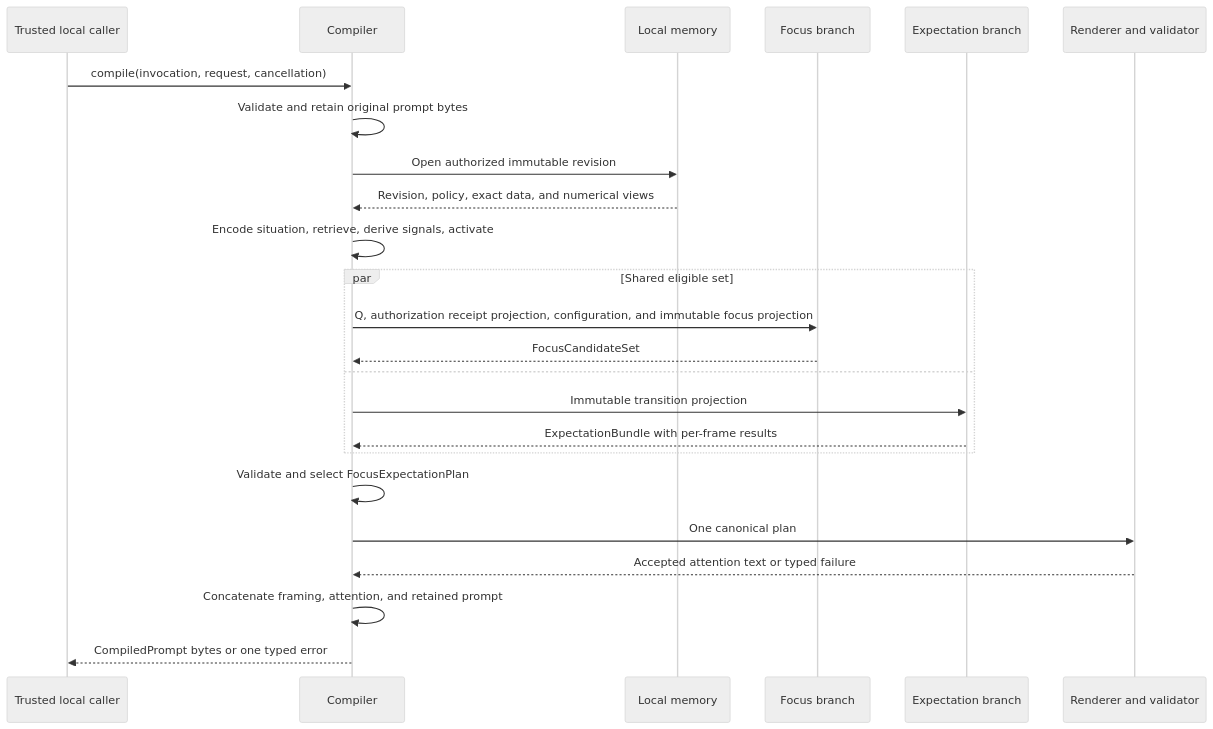
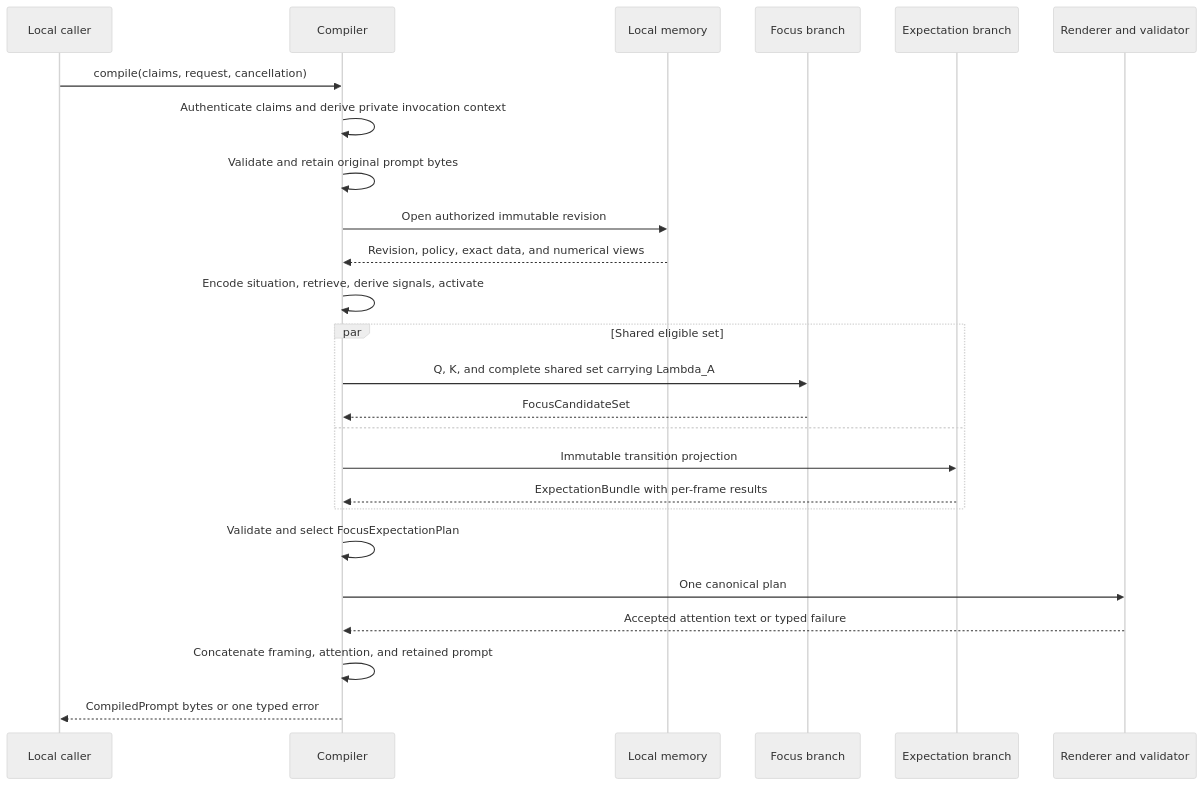
Before and after one commit to Lamentis-operating-systems/nemosyne: the second of 8 diagrams in docs/specifications/v1-reference-architecture.md, drawn with Mermaid (neutral theme). The commit also changed other lines of this file and 4 other files, not shown here.

Commit message:
Close V1 architecture review gaps

````diff
--- a/docs/specifications/v1-reference-architecture.md
+++ b/docs/specifications/v1-reference-architecture.md
@@ -79,26 +80,27 @@
 ```mermaid
 sequenceDiagram
-    participant Caller as Trusted local caller
+    participant Caller as Local caller
     participant Compiler as Compiler
     participant Store as Local memory
     participant Focus as Focus branch
     participant Expect as Expectation branch
     participant Renderer as Renderer and validator
-    Caller->>Compiler: compile(invocation, request, cancellation)
+    Caller->>Compiler: compile(claims, request, cancellation)
+    Compiler->>Compiler: Authenticate claims and derive private invocation context
     Compiler->>Compiler: Validate and retain original prompt bytes
     Compiler->>Store: Open authorized immutable revision
     Store-->>Compiler: Revision, policy, exact data, and numerical views
     Compiler->>Compiler: Encode situation, retrieve, derive signals, activate
     par Shared eligible set
-        Compiler->>Focus: Q, authorization receipt projection, configuration, and immutable focus projection
+        Compiler->>Focus: Q, K, and complete shared set carrying Lambda_A
         Focus-->>Compiler: FocusCandidateSet
     and
         Compiler->>Expect: Immutable transition projection
         Expect-->>Compiler: ExpectationBundle with per-frame results
     end
     Compiler->>Compiler: Validate and select FocusExpectationPlan
     Compiler->>Renderer: One canonical plan
     Renderer-->>Compiler: Accepted attention text or typed failure
     Compiler->>Compiler: Concatenate framing, attention, and retained prompt
     Compiler-->>Caller: CompiledPrompt bytes or one typed error
 ```
````
